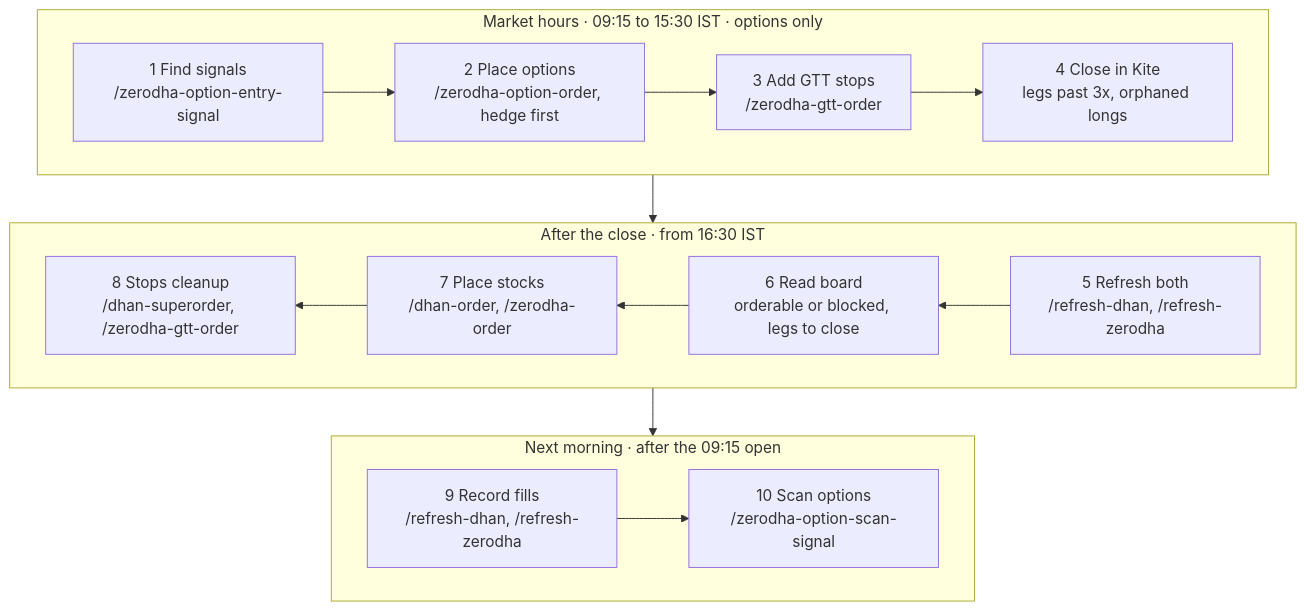
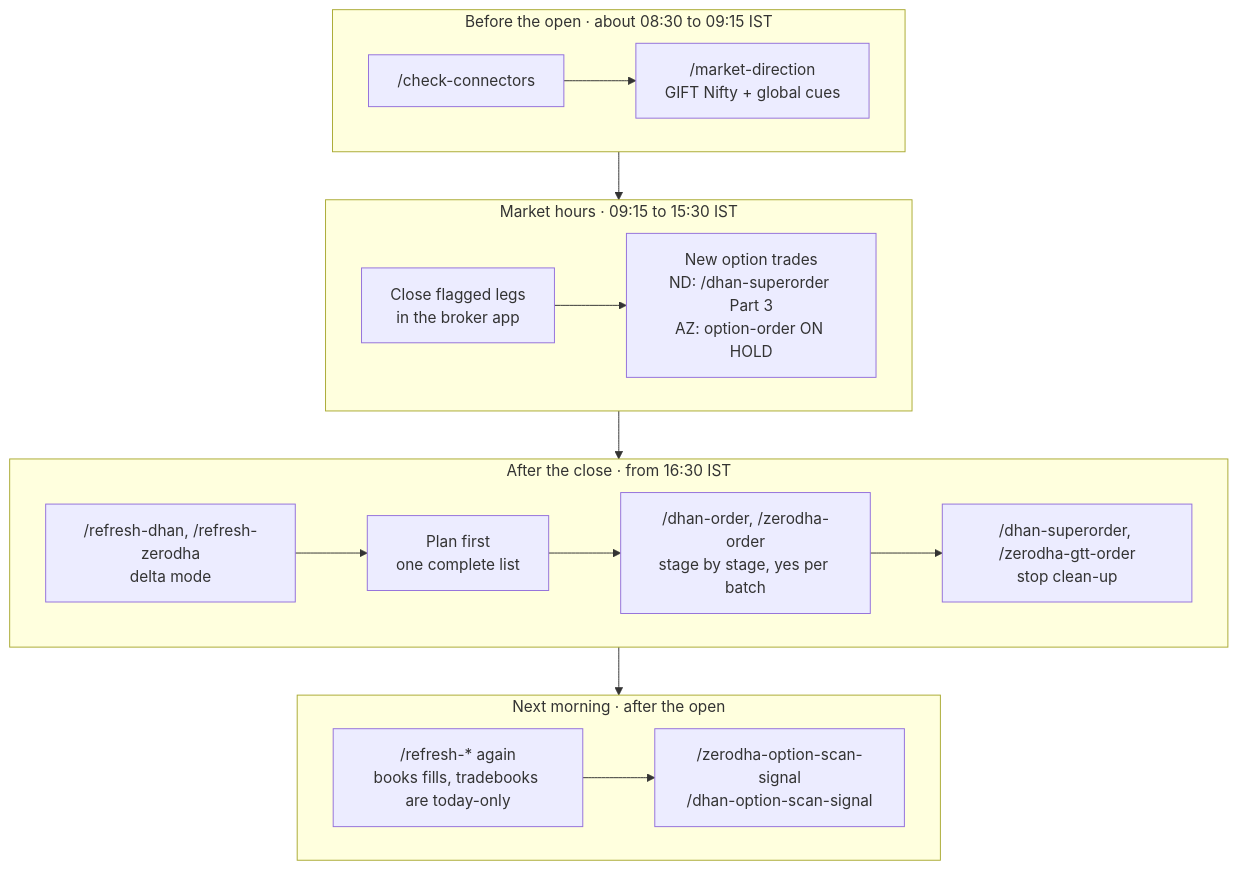
One commit to vaijayanth/TradingJournal changed the second of 2 diagrams in docs/PROCESS_FLOW.md. Above: the diagram before and after it, drawn with Mermaid. The commit also changed other lines of this file and 1 other file, not shown here.

First line of the commit message:
Rewrite PROCESS_FLOW.md as the architecture and change-process reference (as of 2026-11-25)

````diff
--- a/docs/PROCESS_FLOW.md
+++ b/docs/PROCESS_FLOW.md
@@ -29,17 +104,20 @@
 ```mermaid
 flowchart TB
-  subgraph W1[Market hours · 09:15 to 15:30 IST · options only]
+  subgraph M0["Before the open · about 08:30 to 09:15 IST"]
     direction LR
-    S1[1 Find signals<br/>/zerodha-option-entry-signal] --> S2[2 Place options<br/>/zerodha-option-order, hedge first] --> S3[3 Add GTT stops<br/>/zerodha-gtt-order] --> S4[4 Close in Kite<br/>legs past 3x, orphaned longs]
+    A0["/check-connectors"] --> A1["/market-direction<br/>GIFT Nifty + global cues"]
   end
-  subgraph W2[After the close · from 16:30 IST]
-    direction RL
-    S5[5 Refresh both<br/>/refresh-dhan, /refresh-zerodha] --> S6[6 Read board<br/>orderable or blocked, legs to close] --> S7[7 Place stocks<br/>/dhan-order, /zerodha-order] --> S8[8 Stops cleanup<br/>/dhan-superorder, /zerodha-gtt-order]
+  subgraph M1["Market hours · 09:15 to 15:30 IST"]
+    direction LR
+    B1["Close flagged legs<br/>in the broker app"] --> B2["New option trades<br/>ND: /dhan-superorder Part 3<br/>AZ: option-order ON HOLD"]
   end
-  subgraph W3[Next morning · after the 09:15 open]
+  subgraph M2["After the close · from 16:30 IST"]
     direction LR
-    S9[9 Record fills<br/>/refresh-dhan, /refresh-zerodha] --> S10[10 Scan options<br/>/zerodha-option-scan-signal]
+    C1["/refresh-dhan, /refresh-zerodha<br/>delta mode"] --> C2["Plan first<br/>one complete list"] --> C3["/dhan-order, /zerodha-order<br/>stage by stage, yes per batch"] --> C4["/dhan-superorder, /zerodha-gtt-order<br/>stop clean-up"]
   end
-  S4 --> S5
-  S8 --> S9
+  subgraph M3["Next morning · after the open"]
+    direction LR
+    D1["/refresh-* again<br/>books fills, tradebooks are today-only"] --> D2["/zerodha-option-scan-signal<br/>/dhan-option-scan-signal"]
+  end
+  M0 --> M1 --> M2 --> M3
 ```
````
